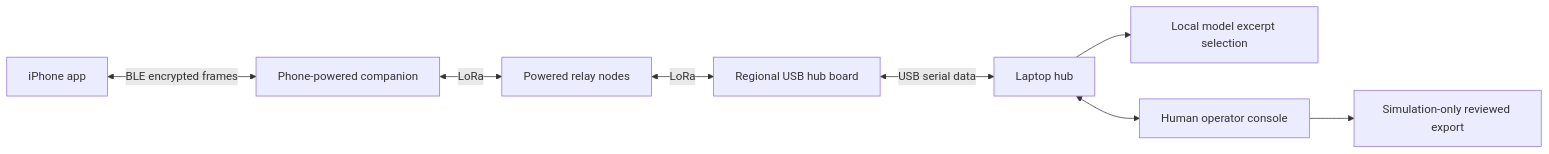
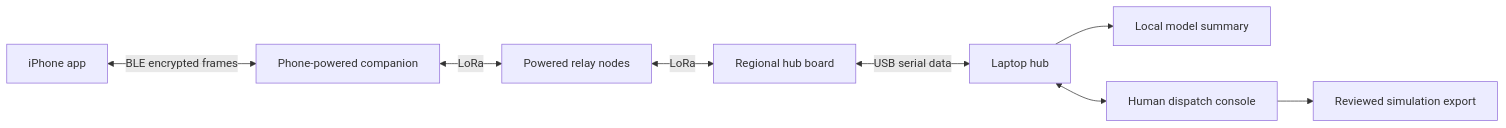
Before and after one commit to abhikhur27/emergencymesh: the diagram in docs/ARCHITECTURE.md, drawn with Mermaid. The commit also changed other lines of this file and 119 other files, not shown here.

````diff
--- a/docs/ARCHITECTURE.md
+++ b/docs/ARCHITECTURE.md
@@ -3,10 +5,10 @@
 ```mermaid
 flowchart LR
   P[iPhone app] <-->|BLE encrypted frames| C[Phone-powered companion]
   C <-->|LoRa| R[Powered relay nodes]
-  R <-->|LoRa| H[Regional USB hub board]
+  R <-->|LoRa| H[Regional hub board]
   H <-->|USB serial data| L[Laptop hub]
-  L --> A[Local model excerpt selection]
-  L <--> D[Human operator console]
-  D --> E[Simulation-only reviewed export]
+  L --> A[Local model summary]
+  L <--> D[Human dispatch console]
+  D --> E[Reviewed simulation export]
 ```
````
